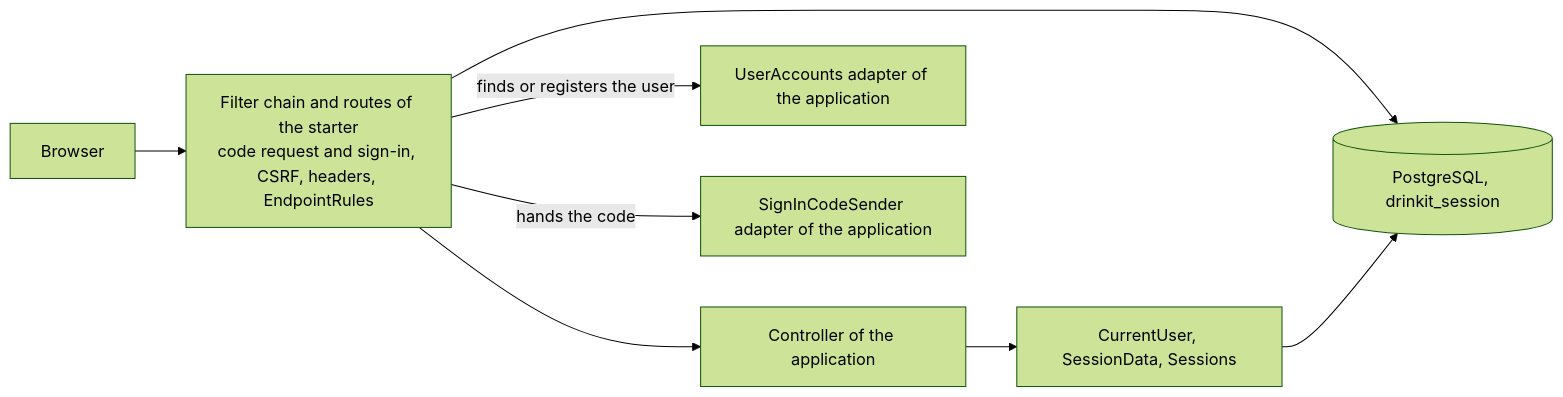
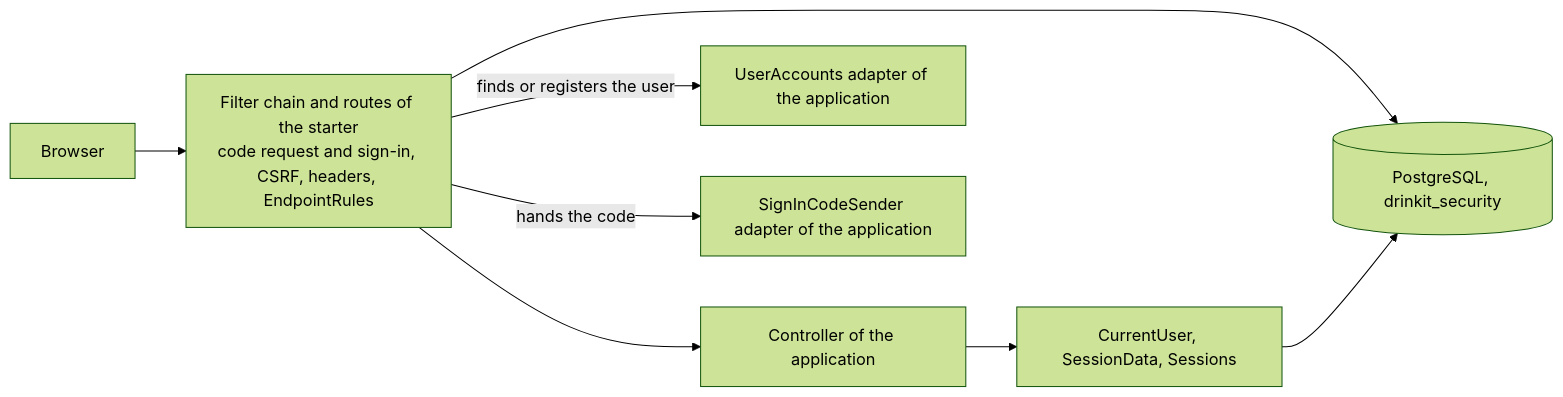
Before and after one commit to mboisnard/drinkit: the first of 3 diagrams in tech-starters/backend/security-starter/README.md, drawn with Mermaid (forest theme). The commit also changed other lines of this file and 69 other files, not shown here.

Commit message:
[UPDATER] Split the database into the application, security and starters schemas (#736)

````diff
--- a/tech-starters/backend/security-starter/README.md
+++ b/tech-starters/backend/security-starter/README.md
@@ -10,10 +10,10 @@
 ```mermaid
 flowchart LR
     Browser --> Chain["Filter chain and routes of the starter<br/>code request and sign-in, CSRF, headers, EndpointRules"]
     Chain --> Controller[Controller of the application]
     Controller --> Api["CurrentUser, SessionData, Sessions"]
     Chain -->|finds or registers the user| Port[UserAccounts adapter of the application]
     Chain -->|hands the code| Sender[SignInCodeSender adapter of the application]
-    Chain --> DB[(PostgreSQL, drinkit_session)]
+    Chain --> DB[(PostgreSQL, drinkit_security)]
     Api --> DB
 ```
````
